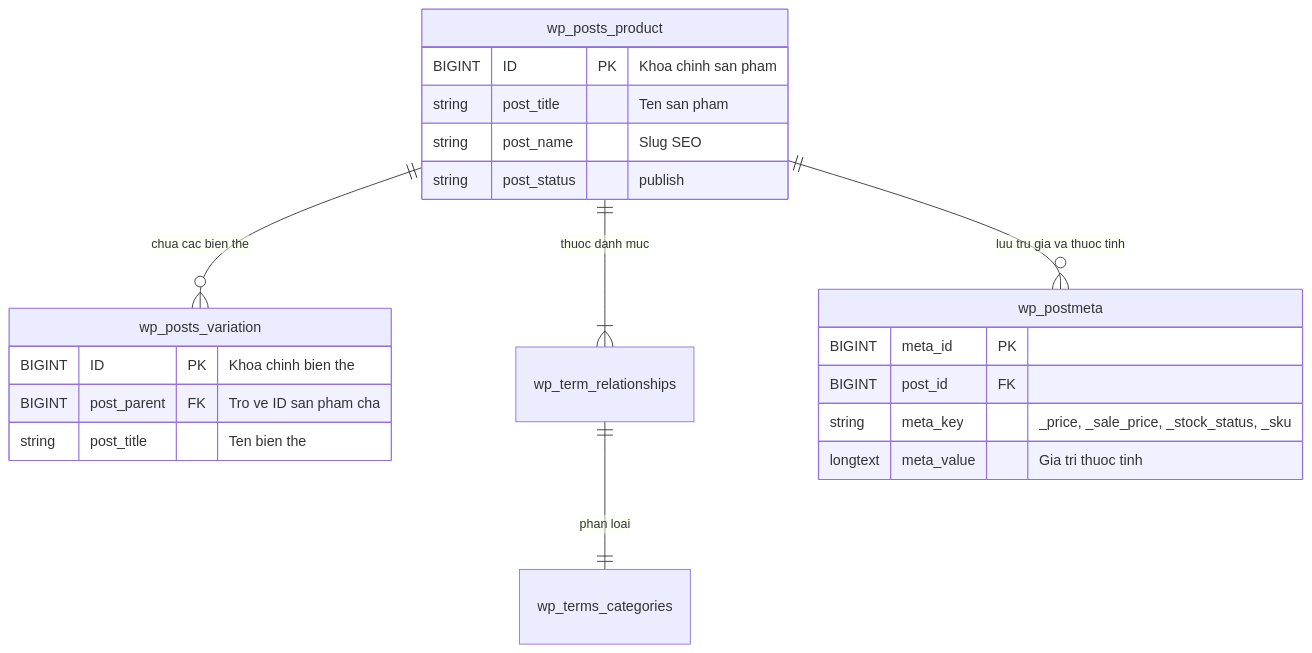
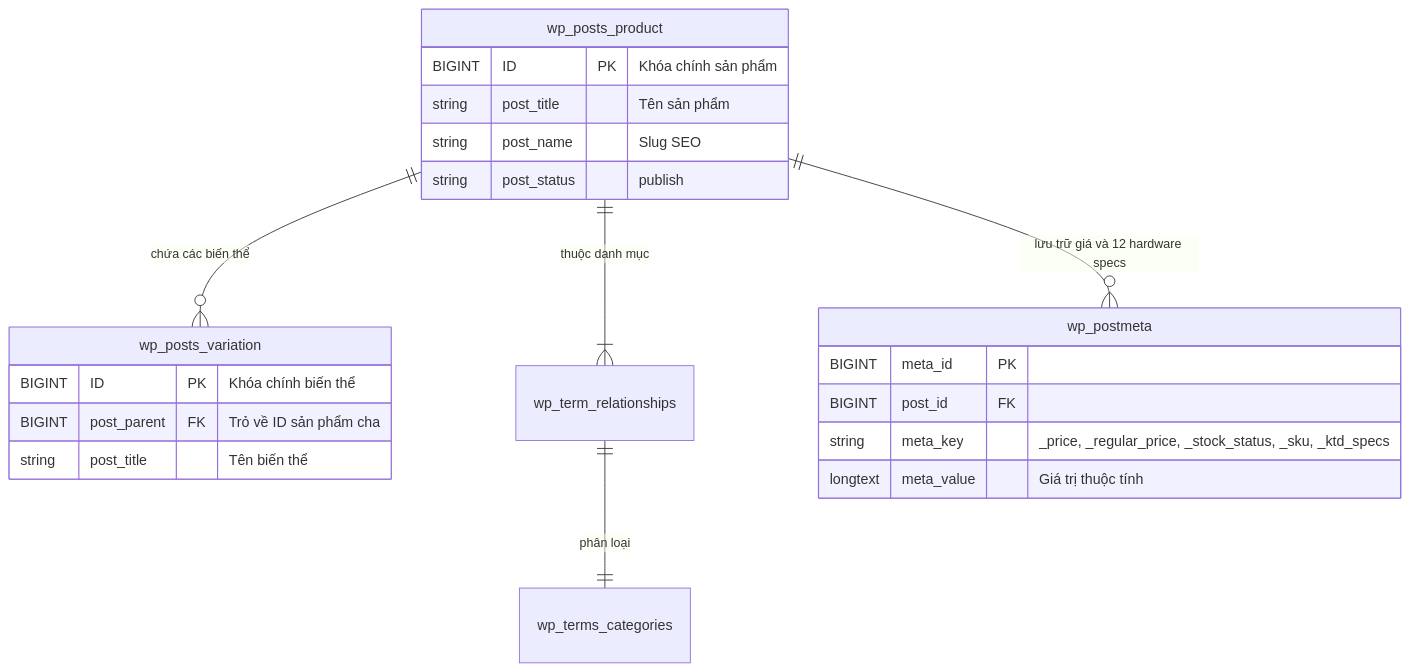
The diagram in README.md (Adui99/KTD_Wordpress_Ecommerce), drawn with Mermaid before and after one commit. The commit also changed other lines of this file and 48 other files, not shown here.

Commit message:
feat: Upgrade KTD Store to Production Ready with Modular Architecture, Native AI Chatbot, SEO Blog, Low-Friction Checkout, and Comprehensive 6-Tier Test Suite

````diff
--- a/README.md
+++ b/README.md
@@ -36,27 +42,27 @@
 ```mermaid
 erDiagram
-    wp_posts_product ||--o{ wp_posts_variation : "chua cac bien the"
-    wp_posts_product ||--|{ wp_term_relationships : "thuoc danh muc"
-    wp_term_relationships ||--|| wp_terms_categories : "phan loai"
-    wp_posts_product ||--o{ wp_postmeta : "luu tru gia va thuoc tinh"
+    wp_posts_product ||--o{ wp_posts_variation : "chứa các biến thể"
+    wp_posts_product ||--|{ wp_term_relationships : "thuộc danh mục"
+    wp_term_relationships ||--|| wp_terms_categories : "phân loại"
+    wp_posts_product ||--o{ wp_postmeta : "lưu trữ giá và 12 hardware specs"
 
     wp_posts_product {
-        BIGINT ID PK "Khoa chinh san pham"
-        string post_title "Ten san pham"
+        BIGINT ID PK "Khóa chính sản phẩm"
+        string post_title "Tên sản phẩm"
         string post_name "Slug SEO"
         string post_status "publish"
     }
 
     wp_posts_variation {
-        BIGINT ID PK "Khoa chinh bien the"
-        BIGINT post_parent FK "Tro ve ID san pham cha"
-        string post_title "Ten bien the"
+        BIGINT ID PK "Khóa chính biến thể"
+        BIGINT post_parent FK "Trỏ về ID sản phẩm cha"
+        string post_title "Tên biến thể"
     }
 
     wp_postmeta {
         BIGINT meta_id PK
         BIGINT post_id FK
-        string meta_key "_price, _sale_price, _stock_status, _sku"
-        longtext meta_value "Gia tri thuoc tinh"
+        string meta_key "_price, _regular_price, _stock_status, _sku, _ktd_specs"
+        longtext meta_value "Giá trị thuộc tính"
     }
 ```
````
